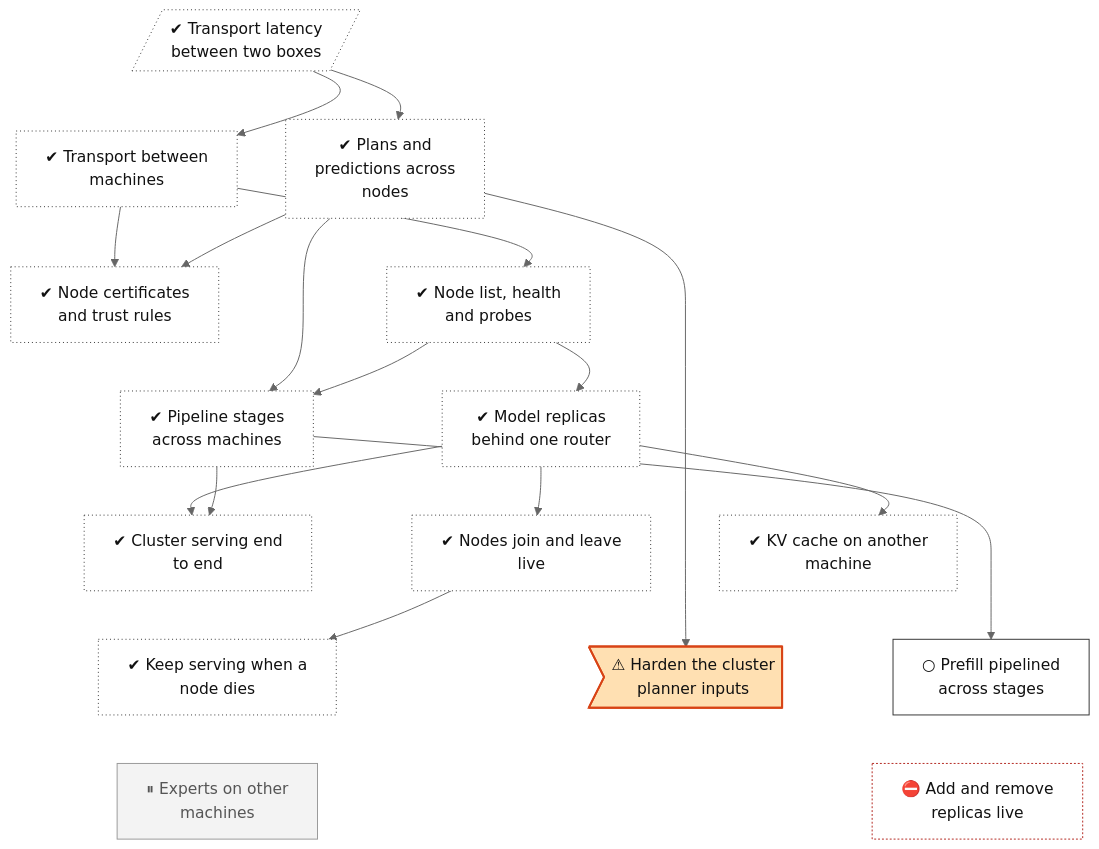
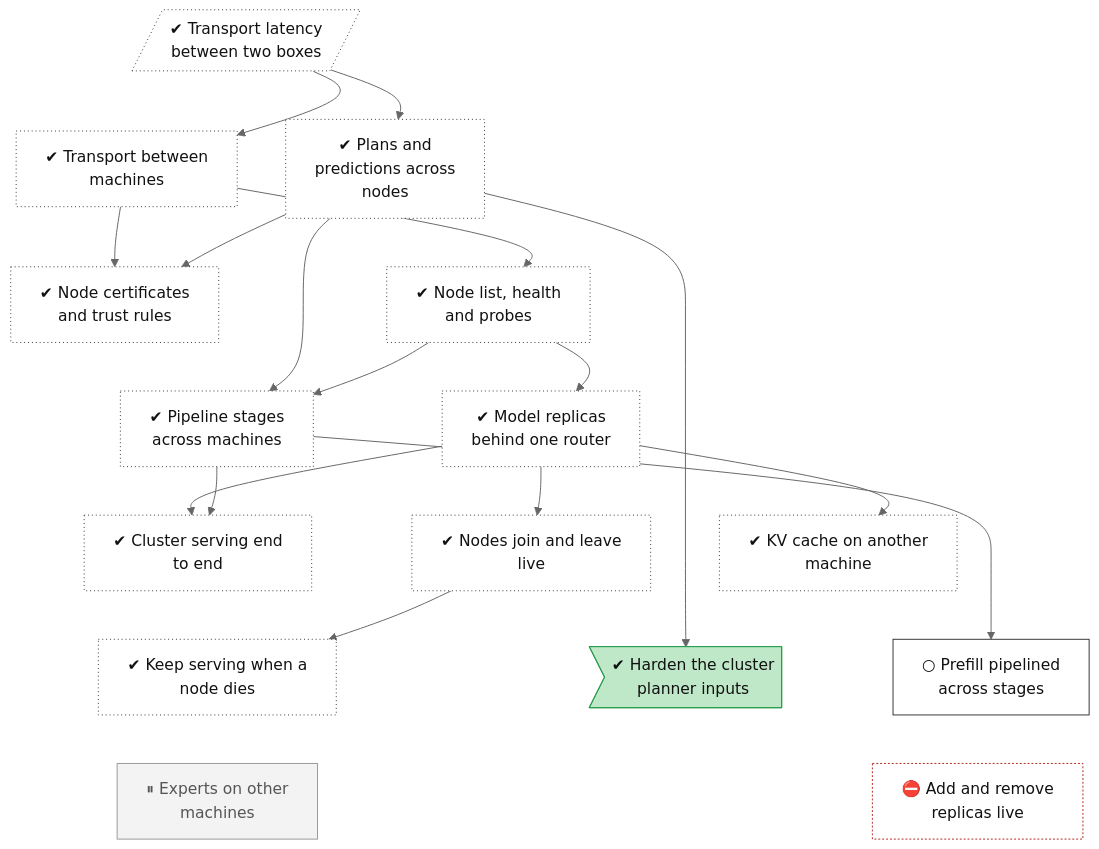
One commit to lhns/tetraeder changed the diagram in docs/roadmap/tracks/cluster.md. Above: the diagram before and after it, drawn with Mermaid (neutral theme). The commit also changed other lines of this file and 6 other files, not shown here.

Commit message:
Phase 6, ADR 0092 rest and planner hardening; not measured (tree, merge main)

````diff
--- a/docs/roadmap/tracks/cluster.md
+++ b/docs/roadmap/tracks/cluster.md
@@ -10,67 +10,67 @@
 ```mermaid
 flowchart TB
     cluster_transport_wan[/"✔ Transport latency<br/>between two boxes"/]
     cluster_transport["✔ Transport between<br/>machines"]
     cluster_planner["✔ Plans and<br/>predictions across<br/>nodes"]
     cluster_mtls["✔ Node certificates<br/>and trust rules"]
     cluster_discovery["✔ Node list, health<br/>and probes"]
     cluster_pipeline_nodes["✔ Pipeline stages<br/>across machines"]
     cluster_replicas["✔ Model replicas<br/>behind one router"]
     cluster_integration["✔ Cluster serving end<br/>to end"]
     cluster_join_leave["✔ Nodes join and leave<br/>live"]
     cluster_remote_kv["✔ KV cache on another<br/>machine"]
     cluster_failover["✔ Keep serving when a<br/>node dies"]
-    cluster_planner_hardening>"⚠ Harden the cluster<br/>planner inputs"]
+    cluster_planner_hardening>"✔ Harden the cluster<br/>planner inputs"]
     cluster_pipeline_prefill["○ Prefill pipelined<br/>across stages"]
     cluster_experts_nodes["⏸ Experts on other<br/>machines"]
     cluster_replica_scaling["⛔ Add and remove<br/>replicas live"]
     cluster_transport_wan ~~~ cluster_transport
     cluster_transport_wan ~~~ cluster_planner
     cluster_transport ~~~ cluster_mtls
     cluster_planner ~~~ cluster_discovery
     cluster_mtls ~~~ cluster_pipeline_nodes
     cluster_discovery ~~~ cluster_replicas
     cluster_pipeline_nodes ~~~ cluster_integration
     cluster_replicas ~~~ cluster_join_leave
     cluster_replicas ~~~ cluster_remote_kv
     cluster_integration ~~~ cluster_failover
     cluster_join_leave ~~~ cluster_planner_hardening
     cluster_remote_kv ~~~ cluster_pipeline_prefill
     cluster_failover ~~~ cluster_experts_nodes
     cluster_planner_hardening ~~~ cluster_replica_scaling
     cluster_pipeline_prefill ~~~ cluster_replica_scaling
     cluster_transport_wan --> cluster_transport
     cluster_transport_wan --> cluster_planner
     cluster_transport --> cluster_mtls
     cluster_planner --> cluster_mtls
     cluster_transport --> cluster_discovery
     cluster_planner --> cluster_pipeline_nodes
     cluster_discovery --> cluster_pipeline_nodes
     cluster_discovery --> cluster_replicas
     cluster_replicas --> cluster_integration
     cluster_pipeline_nodes --> cluster_integration
     cluster_replicas --> cluster_join_leave
     cluster_replicas --> cluster_remote_kv
     cluster_join_leave --> cluster_failover
     cluster_planner --> cluster_planner_hardening
     cluster_pipeline_nodes --> cluster_pipeline_prefill
     classDef vsucc fill:#2e9e4f,stroke:#1b6b34,color:#fff
     classDef succ fill:#bfe8c8,stroke:#2e9e4f,color:#111
     classDef mixed fill:#ffd37a,stroke:#c98a00,color:#111
     classDef bad fill:#f28b82,stroke:#b3261e,color:#111
     classDef dead fill:#e6e6e6,stroke:#777,stroke-dasharray:5 5,color:#555
     classDef inprog fill:#a8cdf5,stroke:#1f6fc5,color:#111
     classDef next fill:#fff,stroke:#333,color:#111
     classDef blocked fill:#fff,stroke:#b3261e,stroke-dasharray:2 2,color:#111
     classDef parked fill:#f3f3f3,stroke:#999,color:#555
     classDef unrated fill:#fff,stroke:#333,stroke-dasharray:1 3,color:#111
     classDef gate fill:#d9c2f0,stroke:#7b3fb5,color:#111
     classDef decided fill:#ece0f7,stroke:#7b3fb5,stroke-dasharray:2 2,color:#111
     classDef finding fill:#ffe0b2,stroke:#d84315,stroke-width:2px,color:#111
     classDef waiting fill:#e3f2fd,stroke:#1f6fc5,stroke-dasharray:5 5,color:#111
     class cluster_transport_wan,cluster_transport,cluster_planner,cluster_mtls,cluster_discovery,cluster_pipeline_nodes,cluster_replicas,cluster_integration,cluster_join_leave,cluster_remote_kv,cluster_failover unrated
-    class cluster_planner_hardening finding
+    class cluster_planner_hardening succ
     class cluster_pipeline_prefill next
     class cluster_experts_nodes parked
     class cluster_replica_scaling blocked
 ```
````
